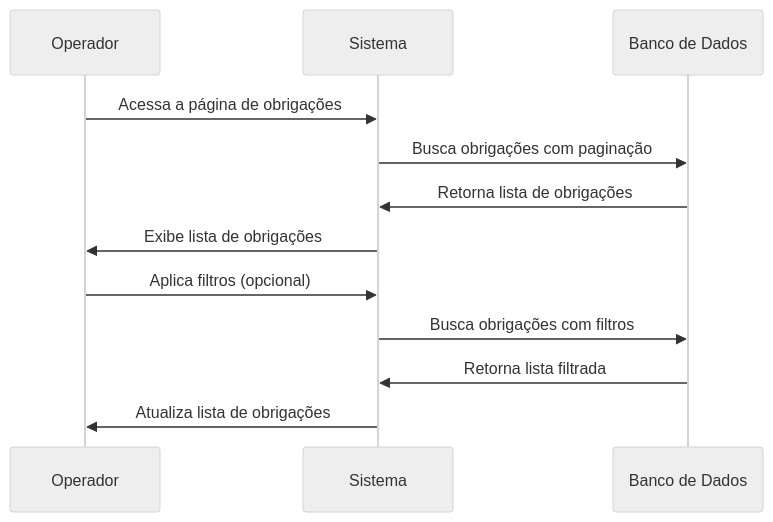
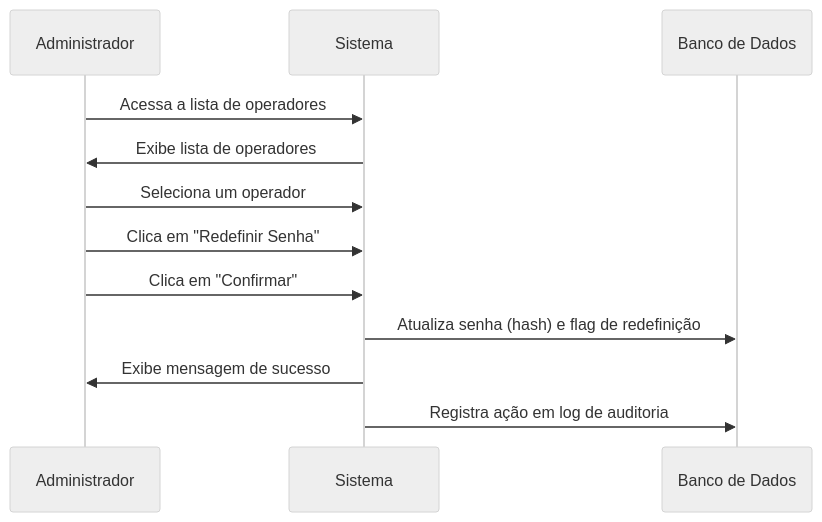
Before and after one commit to Bomsalvez/quilombo-docs: the first of 5 diagrams in Writerside/topics/RF13.md, drawn with Mermaid (neutral theme). The commit also changed other lines of this file and 34 other files, not shown here.

````diff
--- a/Writerside/topics/RF13.md
+++ b/Writerside/topics/RF13.md
@@ -40,15 +42,15 @@
 ```mermaid
 sequenceDiagram
-    participant O as Operador
+    participant A as Administrador
     participant S as Sistema
     participant DB as Banco de Dados
     
-    O->>S: Acessa a página de obrigações
-    S->>DB: Busca obrigações com paginação
-    DB->>S: Retorna lista de obrigações
-    S->>O: Exibe lista de obrigações
-    O->>S: Aplica filtros (opcional)
-    S->>DB: Busca obrigações com filtros
-    DB->>S: Retorna lista filtrada
-    S->>O: Atualiza lista de obrigações
+    A->>S: Acessa a lista de operadores
+    S->>A: Exibe lista de operadores
+    A->>S: Seleciona um operador
+    A->>S: Clica em "Redefinir Senha"
+    A->>S: Clica em "Confirmar"
+    S->>DB: Atualiza senha (hash) e flag de redefinição
+    S->>A: Exibe mensagem de sucesso
+    S->>DB: Registra ação em log de auditoria
 ```
````
